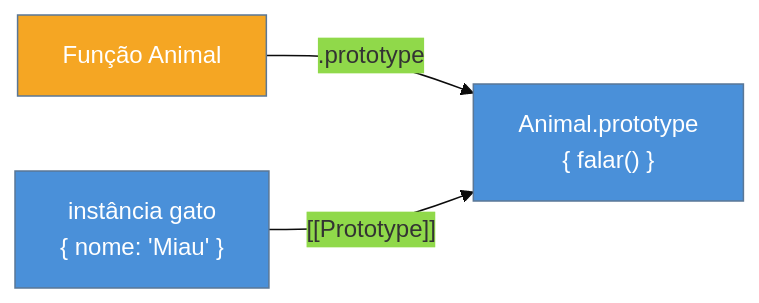
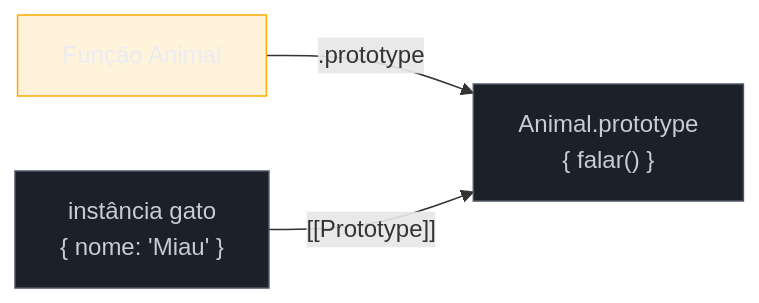
Before and after one commit to josenaldo/codex-technomanticus: the second of 2 diagrams in 03-Dominios/Tecnologia/JavaScript/11 - Prototypes e herança.md, drawn with Mermaid. The commit also changed other lines of this file and 1181 other files, not shown here.

First line of the commit message:
fix(diagramas): paleta do sistema no lugar de cor cravada no markdown

````diff
--- a/03-Dominios/Tecnologia/JavaScript/11 - Prototypes e herança.md
+++ b/03-Dominios/Tecnologia/JavaScript/11 - Prototypes e herança.md
@@ -127,14 +128,15 @@
 ```mermaid
-%%{init: {"theme": "base", "themeVariables": {"primaryColor": "#4A90D9"}}}%%
 graph LR
+    classDef destaque fill:#FFAA0024,stroke:#FFAA00,color:#E9ECF2
+    classDef neutro fill:#1B2029,stroke:#4E5666,color:#C6CCD8
     F["Função Animal"]
     P["Animal.prototype\n{ falar() }"]
     I["instância gato\n{ nome: 'Miau' }"]
 
     F -->|".prototype"| P
     I -->|"[[Prototype]]"| P
 
-    style F fill:#F5A623,color:#fff
-    style P fill:#4A90D9,color:#fff
-    style I fill:#4A90D9,color:#fff
+    class F destaque
+    class P neutro
+    class I neutro
 ```
````
